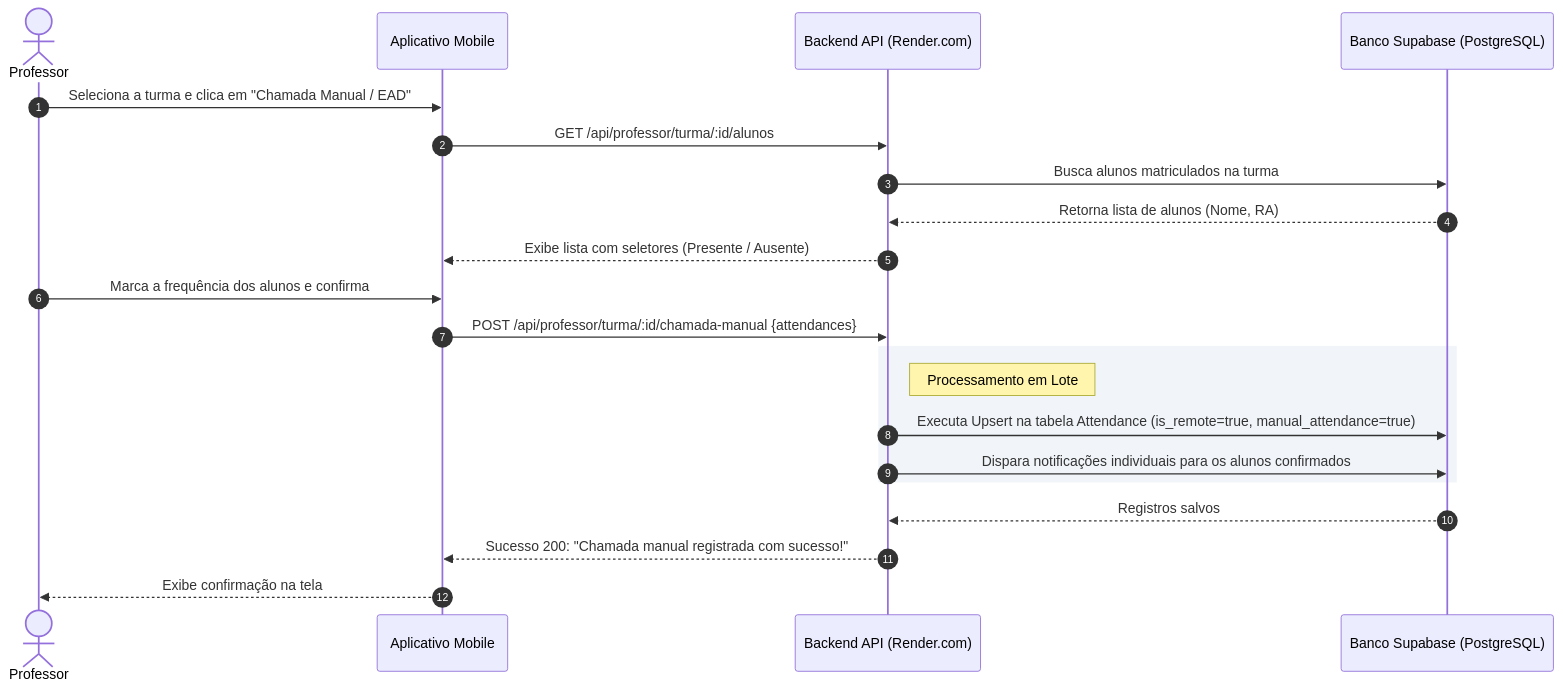
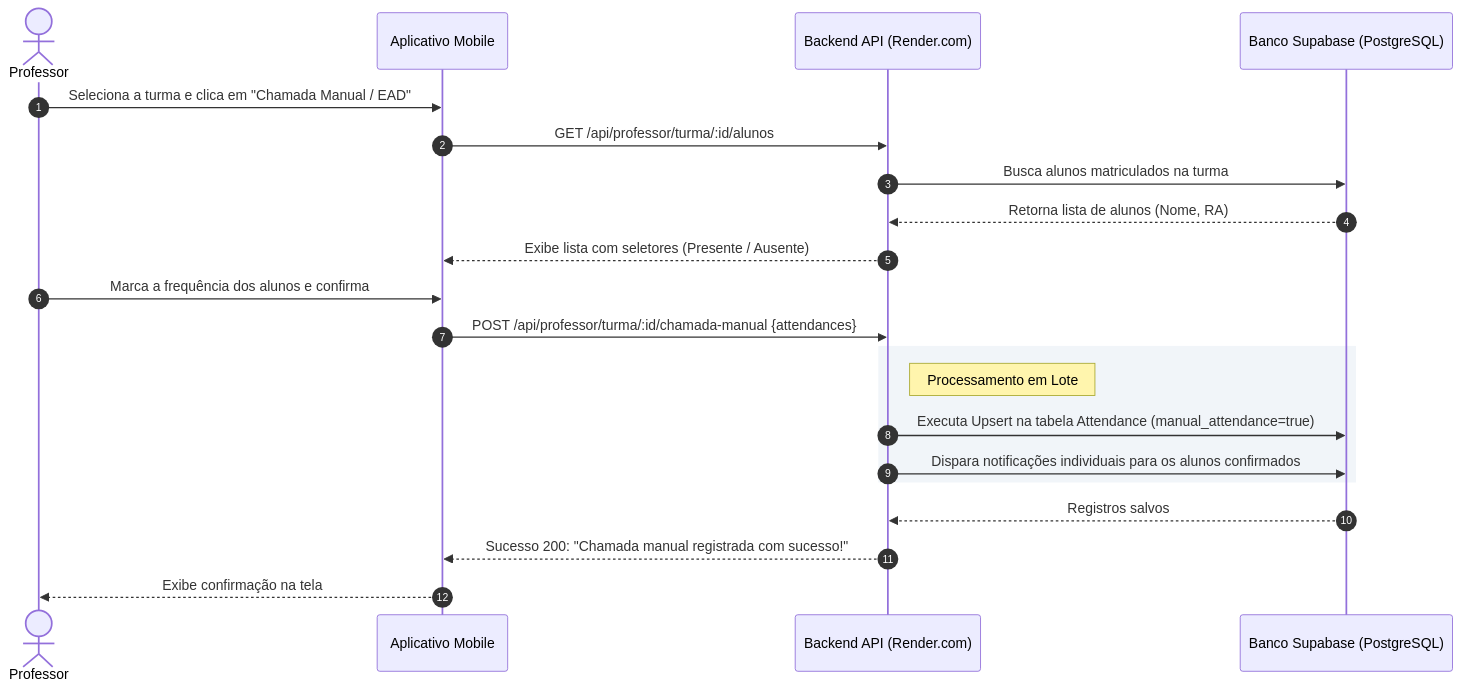
The seventh of 24 diagrams in documentacao/diagramas/fluxos.md (caneschi-lais/geoclass), drawn with Mermaid before and after one commit. The commit also changed other lines of this file and 12 other files, not shown here.

Commit message:
refactor: remove is_remote attendance field and add medical certificate generation service

````diff
--- a/documentacao/diagramas/fluxos.md
+++ b/documentacao/diagramas/fluxos.md
@@ -279,27 +277,27 @@
 ```mermaid
 sequenceDiagram
     autonumber
     actor Professor
     participant App as Aplicativo Mobile
     participant API as Backend API (Render.com)
     participant DB as Banco Supabase (PostgreSQL)
 
     Professor->>App: Seleciona a turma e clica em "Chamada Manual / EAD"
     App->>API: GET /api/professor/turma/:id/alunos
     API->>DB: Busca alunos matriculados na turma
     DB-->>API: Retorna lista de alunos (Nome, RA)
     API-->>App: Exibe lista com seletores (Presente / Ausente)
 
     Professor->>App: Marca a frequência dos alunos e confirma
     App->>API: POST /api/professor/turma/:id/chamada-manual {attendances}
 
     rect rgb(241, 245, 249)
         note right of API: Processamento em Lote
-        API->>DB: Executa Upsert na tabela Attendance (is_remote=true, manual_attendance=true)
+        API->>DB: Executa Upsert na tabela Attendance (manual_attendance=true)
         API->>DB: Dispara notificações individuais para os alunos confirmados
     end
 
     DB-->>API: Registros salvos
     API-->>App: Sucesso 200: "Chamada manual registrada com sucesso!"
     App-->>Professor: Exibe confirmação na tela
 ```
````
